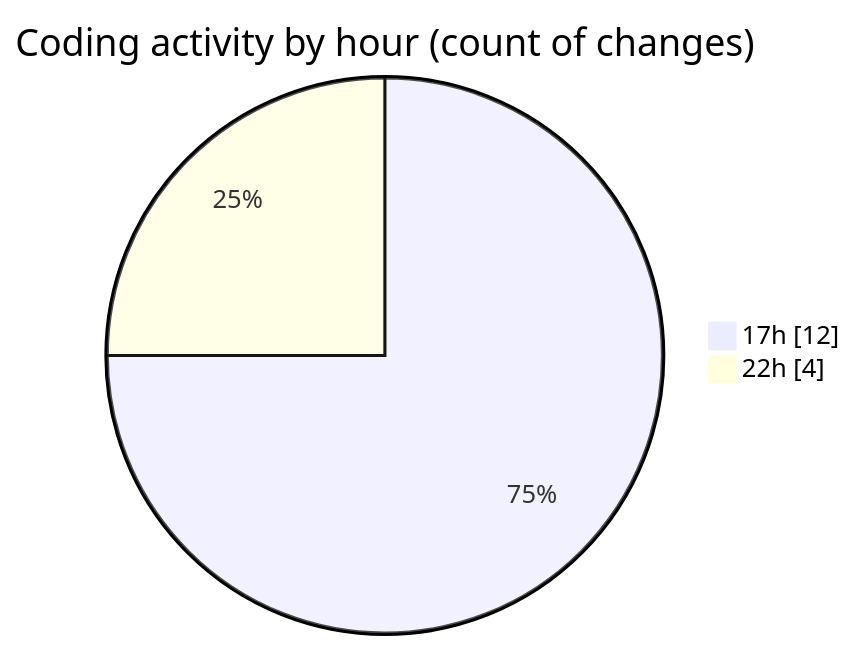
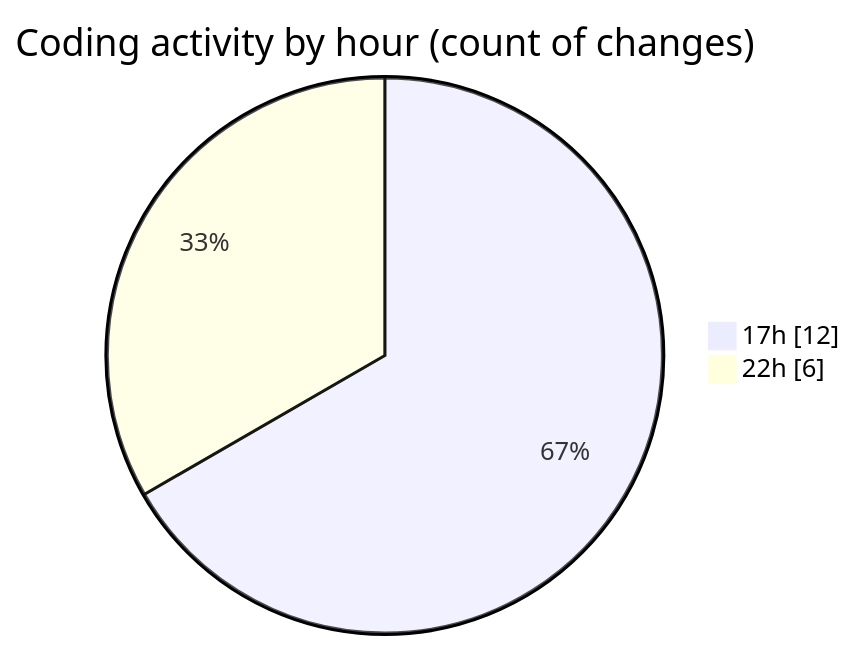
Before and after one commit to MatusMokan/code-tracking: the second of 2 diagrams in 2025-02-25/myws__workspace_/README.md, drawn with Mermaid. The commit also changed other lines of this file and 1 other file, not shown here.

````diff
--- a/2025-02-25/myws__workspace_/README.md
+++ b/2025-02-25/myws__workspace_/README.md
@@ -32,6 +32,6 @@
 ```mermaid
 pie showData
 title Coding activity by hour (count of changes)
 "17h" : 12
-"22h" : 4
+"22h" : 6
 ```
````
